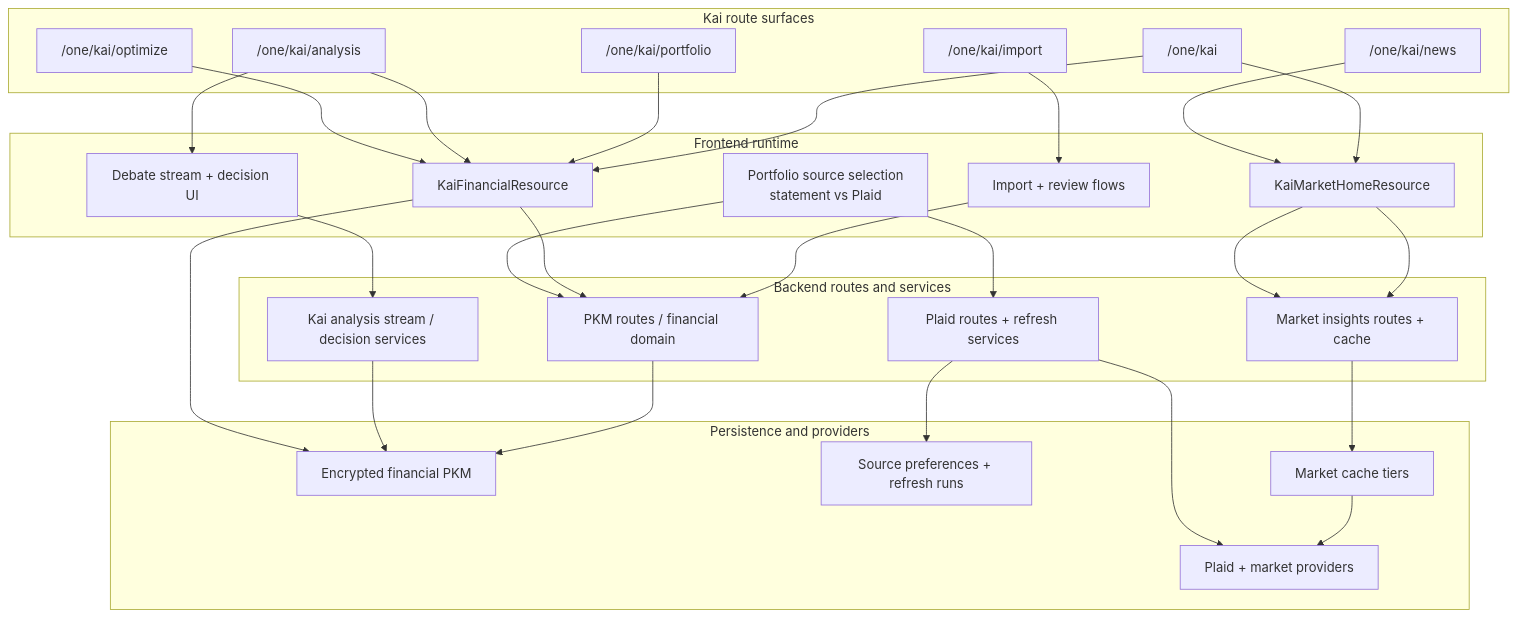
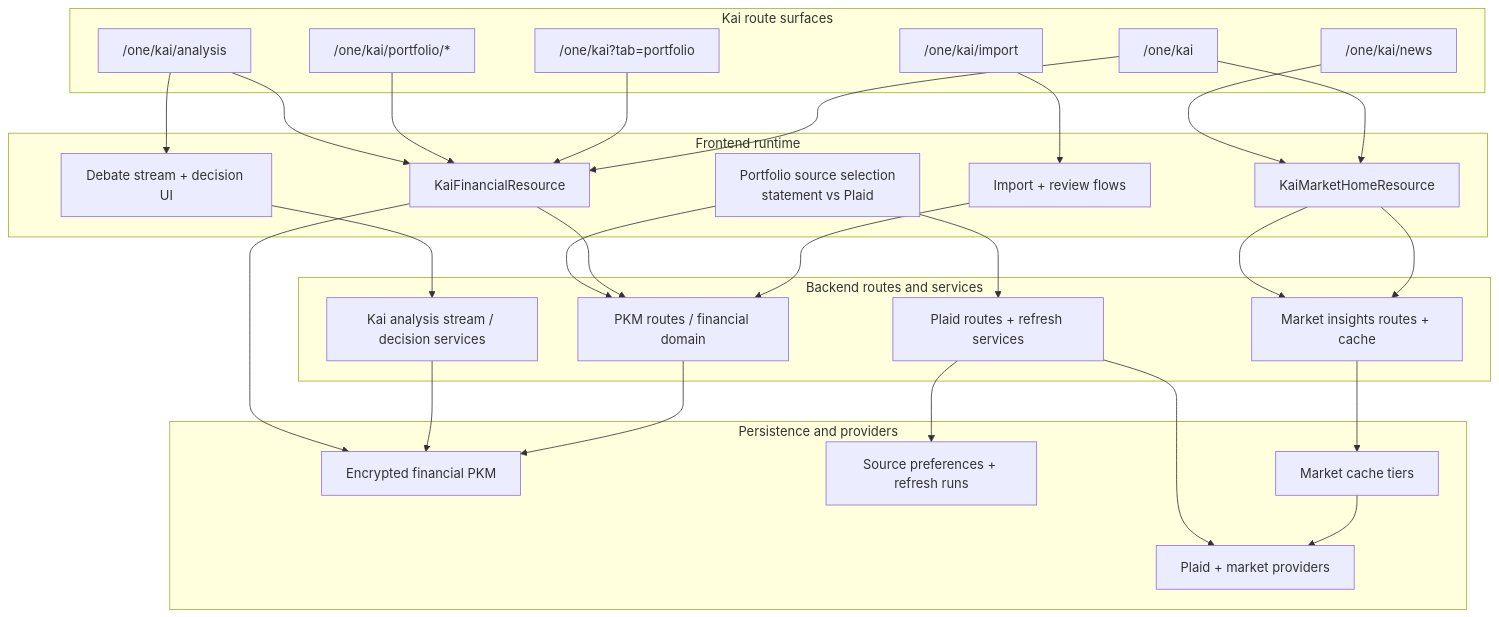
One commit to hushh-labs/hushh-research changed the diagram in docs/reference/kai/kai-interconnection-map.md. Above: the diagram before and after it, drawn with Mermaid. The commit also changed 198 other files, not shown here.

````diff
--- a/docs/reference/kai/kai-interconnection-map.md
+++ b/docs/reference/kai/kai-interconnection-map.md
@@ -6,47 +6,47 @@
 ```mermaid
 flowchart TB
   subgraph routes["Kai route surfaces"]
     import["/one/kai/import"]
     home["/one/kai"]
     news["/one/kai/news"]
-    portfolio["/one/kai/portfolio"]
+    portfolio["/one/kai?tab=portfolio"]
+    portfolioDetails["/one/kai/portfolio/*"]
     analysis["/one/kai/analysis"]
-    optimize["/one/kai/optimize"]
   end
 
   subgraph frontend["Frontend runtime"]
     flow["Import + review flows"]
     financial["KaiFinancialResource"]
     market["KaiMarketHomeResource"]
     source["Portfolio source selection<br/>statement vs Plaid"]
     stream["Debate stream + decision UI"]
   end
 
   subgraph backend["Backend routes and services"]
     pkm["PKM routes / financial domain"]
     plaid["Plaid routes + refresh services"]
     insights["Market insights routes + cache"]
     debate["Kai analysis stream / decision services"]
   end
 
   subgraph data["Persistence and providers"]
     encrypted["Encrypted financial PKM"]
     prefs["Source preferences + refresh runs"]
     marketcache["Market cache tiers"]
     providers["Plaid + market providers"]
   end
 
   import --> flow --> pkm --> encrypted
   home --> market --> insights --> marketcache --> providers
   news --> market --> insights
   home --> financial
   portfolio --> financial --> pkm
+  portfolioDetails --> financial
   analysis --> stream --> debate
   analysis --> financial
-  optimize --> financial
   source --> plaid --> prefs
   source --> pkm
   plaid --> providers
   debate --> encrypted
   financial --> encrypted
 ```
````
